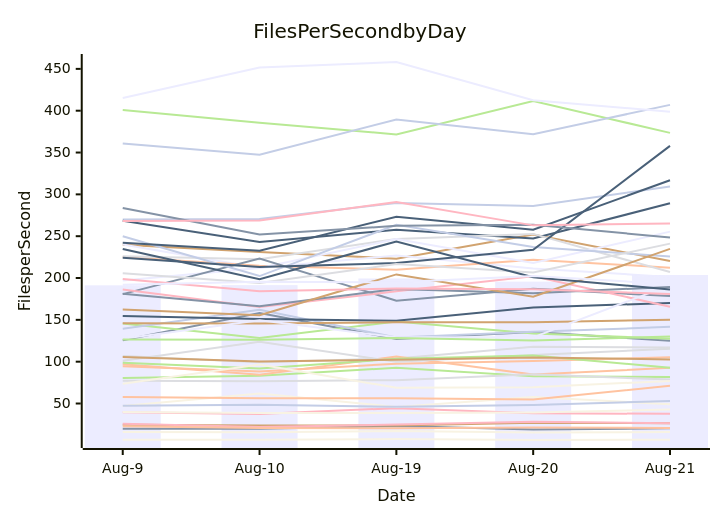
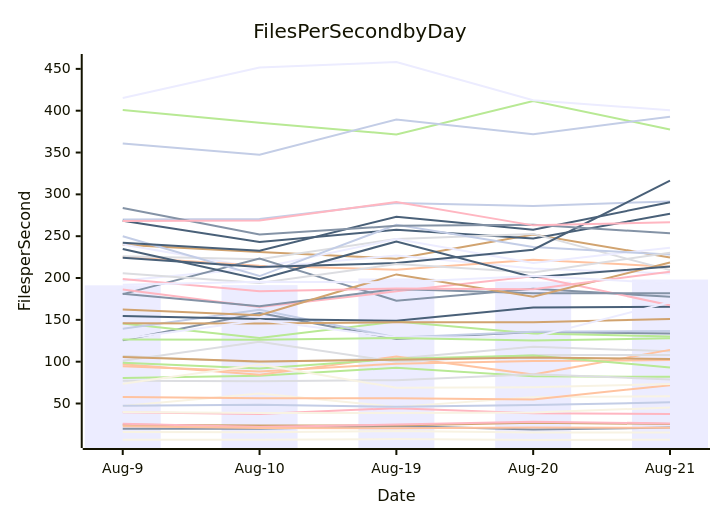
The diagram in perf-report.md (streetsidesoftware/cspell), drawn with Mermaid before and after one commit. The commit also changed other lines of this file and 2 other files, not shown here.

````diff
--- a/perf-report.md
+++ b/perf-report.md
@@ -11,57 +11,57 @@
 ```mermaid
 xychart-beta
     title Files Per Second by Day
     y-axis Files per Second
     x-axis Date [Aug-9, Aug-10, Aug-19, Aug-20, Aug-21]
-    bar [191.27, 191.48, 199.45, 195.67, 203.66]
-    line [19.76, 19.87, 23.15, 18.80, 20.30]
-    line [94.45, 88.13, 97.66, 100.71, 105.37]
-    line [106.66, 99.38, 103.80, 117.71, 117.03]
-    line [80.61, 83.15, 92.81, 82.44, 81.74]
-    line [239.79, 231.09, 223.10, 252.00, 220.22]
-    line [269.81, 270.47, 289.77, 286.14, 309.39]
-    line [39.52, 37.52, 44.46, 38.46, 37.66]
-    line [268.54, 243.09, 257.77, 247.18, 289.36]
-    line [6.78, 6.60, 7.51, 6.38, 6.78]
-    line [240.17, 211.99, 227.00, 211.38, 201.30]
-    line [125.68, 158.27, 127.25, 135.61, 125.00]
-    line [225.24, 214.74, 210.02, 221.88, 212.40]
-    line [225.91, 222.58, 246.74, 252.74, 207.13]
-    line [145.75, 128.32, 148.05, 133.76, 127.46]
-    line [24.65, 23.72, 23.68, 26.94, 26.39]
-    line [139.45, 161.93, 128.87, 135.71, 141.61]
-    line [25.95, 22.03, 24.86, 28.29, 26.30]
-    line [154.75, 150.93, 149.02, 164.86, 170.19]
-    line [15.80, 15.53, 17.25, 15.28, 15.93]
-    line [196.97, 211.99, 246.59, 218.10, 255.48]
-    line [180.75, 223.35, 172.94, 187.16, 178.45]
-    line [96.93, 84.41, 106.12, 84.61, 92.60]
-    line [77.16, 76.75, 77.91, 84.91, 78.56]
-    line [400.74, 385.62, 371.65, 411.46, 373.53]
-    line [145.79, 145.58, 147.10, 147.08, 150.14]
-    line [249.96, 202.34, 263.67, 236.99, 225.80]
-    line [186.27, 165.43, 184.07, 202.12, 165.77]
-    line [224.37, 213.27, 217.89, 233.79, 357.93]
-    line [47.00, 61.84, 45.89, 57.63, 49.23]
-    line [127.47, 149.55, 129.16, 129.10, 191.45]
-    line [181.18, 166.12, 186.93, 181.85, 189.35]
-    line [57.90, 56.15, 56.35, 54.76, 71.27]
-    line [101.07, 123.80, 99.87, 108.06, 115.44]
-    line [98.84, 91.76, 103.43, 107.49, 92.84]
-    line [162.48, 155.40, 204.32, 177.59, 234.82]
-    line [360.76, 347.31, 389.41, 371.89, 406.97]
-    line [198.91, 184.05, 187.41, 186.67, 180.76]
-    line [242.10, 232.62, 273.32, 257.69, 316.88]
-    line [73.60, 96.61, 68.89, 69.48, 76.97]
-    line [415.14, 451.69, 458.22, 412.53, 398.65]
-    line [283.77, 252.09, 262.36, 263.68, 248.47]
-    line [22.84, 20.59, 20.47, 21.22, 20.73]
-    line [205.56, 193.98, 216.67, 206.61, 241.09]
-    line [126.64, 126.17, 128.45, 125.27, 130.16]
-    line [105.46, 100.11, 102.43, 104.89, 102.74]
-    line [47.26, 48.66, 46.00, 48.26, 53.02]
-    line [268.09, 268.70, 290.78, 262.94, 265.27]
-    line [234.76, 198.61, 243.75, 200.90, 186.33]
-    line [39.98, 38.63, 38.64, 39.11, 42.97]
-    line [192.03, 195.48, 194.87, 202.54, 192.76]
+    bar [191.27, 191.48, 199.45, 195.67, 198.22]
+    line [19.76, 19.87, 23.15, 18.80, 21.30]
+    line [94.45, 88.13, 97.66, 100.71, 101.93]
+    line [106.66, 99.38, 103.80, 117.71, 112.47]
+    line [80.61, 83.15, 92.81, 82.44, 81.86]
+    line [239.79, 231.09, 223.10, 252.00, 224.60]
+    line [269.81, 270.47, 289.77, 286.14, 291.59]
+    line [39.52, 37.52, 44.46, 38.46, 37.42]
+    line [268.54, 243.09, 257.77, 247.18, 276.72]
+    line [6.78, 6.60, 7.51, 6.38, 6.72]
+    line [240.17, 211.99, 227.00, 211.38, 205.51]
+    line [125.68, 158.27, 127.25, 135.61, 133.76]
+    line [225.24, 214.74, 210.02, 221.88, 213.58]
+    line [225.91, 222.58, 246.74, 252.74, 209.47]
+    line [145.75, 128.32, 148.05, 133.76, 130.09]
+    line [24.65, 23.72, 23.68, 26.94, 25.51]
+    line [139.45, 161.93, 128.87, 135.71, 136.66]
+    line [25.95, 22.03, 24.86, 28.29, 26.21]
+    line [154.75, 150.93, 149.02, 164.86, 165.64]
+    line [15.80, 15.53, 17.25, 15.28, 15.49]
+    line [196.97, 211.99, 246.59, 218.10, 236.31]
+    line [180.75, 223.35, 172.94, 187.16, 177.68]
+    line [96.93, 84.41, 106.12, 84.61, 114.12]
+    line [77.16, 76.75, 77.91, 84.91, 78.76]
+    line [400.74, 385.62, 371.65, 411.46, 377.61]
+    line [145.79, 145.58, 147.10, 147.08, 151.07]
+    line [249.96, 202.34, 263.67, 236.99, 228.06]
+    line [186.27, 165.43, 184.07, 202.12, 167.51]
+    line [224.37, 213.27, 217.89, 233.79, 316.48]
+    line [47.00, 61.84, 45.89, 57.63, 58.67]
+    line [127.47, 149.55, 129.16, 129.10, 170.99]
+    line [181.18, 166.12, 186.93, 181.85, 181.88]
+    line [57.90, 56.15, 56.35, 54.76, 71.89]
+    line [101.07, 123.80, 99.87, 108.06, 107.98]
+    line [98.84, 91.76, 103.43, 107.49, 93.08]
+    line [162.48, 155.40, 204.32, 177.59, 218.64]
+    line [360.76, 347.31, 389.41, 371.89, 392.82]
+    line [198.91, 184.05, 187.41, 186.67, 207.48]
+    line [242.10, 232.62, 273.32, 257.69, 290.62]
+    line [73.60, 96.61, 68.89, 69.48, 73.38]
+    line [415.14, 451.69, 458.22, 412.53, 400.53]
+    line [283.77, 252.09, 262.36, 263.68, 253.37]
+    line [22.84, 20.59, 20.47, 21.22, 20.90]
+    line [205.56, 193.98, 216.67, 206.61, 230.20]
+    line [126.64, 126.17, 128.45, 125.27, 127.94]
+    line [105.46, 100.11, 102.43, 104.89, 103.21]
+    line [47.26, 48.66, 46.00, 48.26, 51.42]
+    line [268.09, 268.70, 290.78, 262.94, 266.60]
+    line [234.76, 198.61, 243.75, 200.90, 213.71]
+    line [39.98, 38.63, 38.64, 39.11, 45.24]
+    line [192.03, 195.48, 194.87, 202.54, 193.62]
 ```
````
